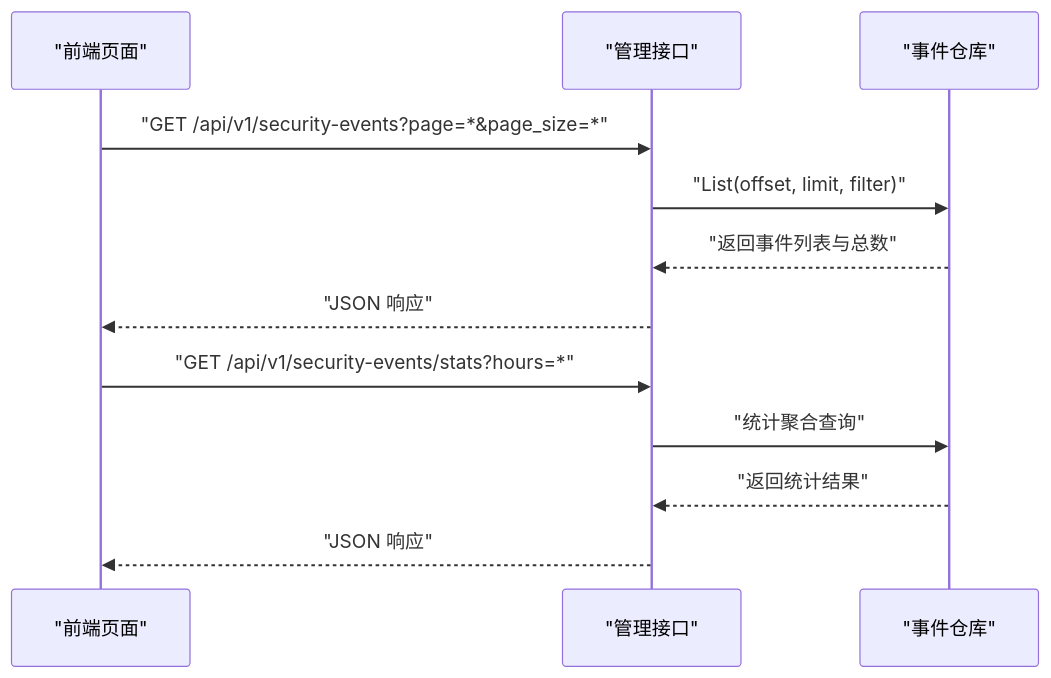
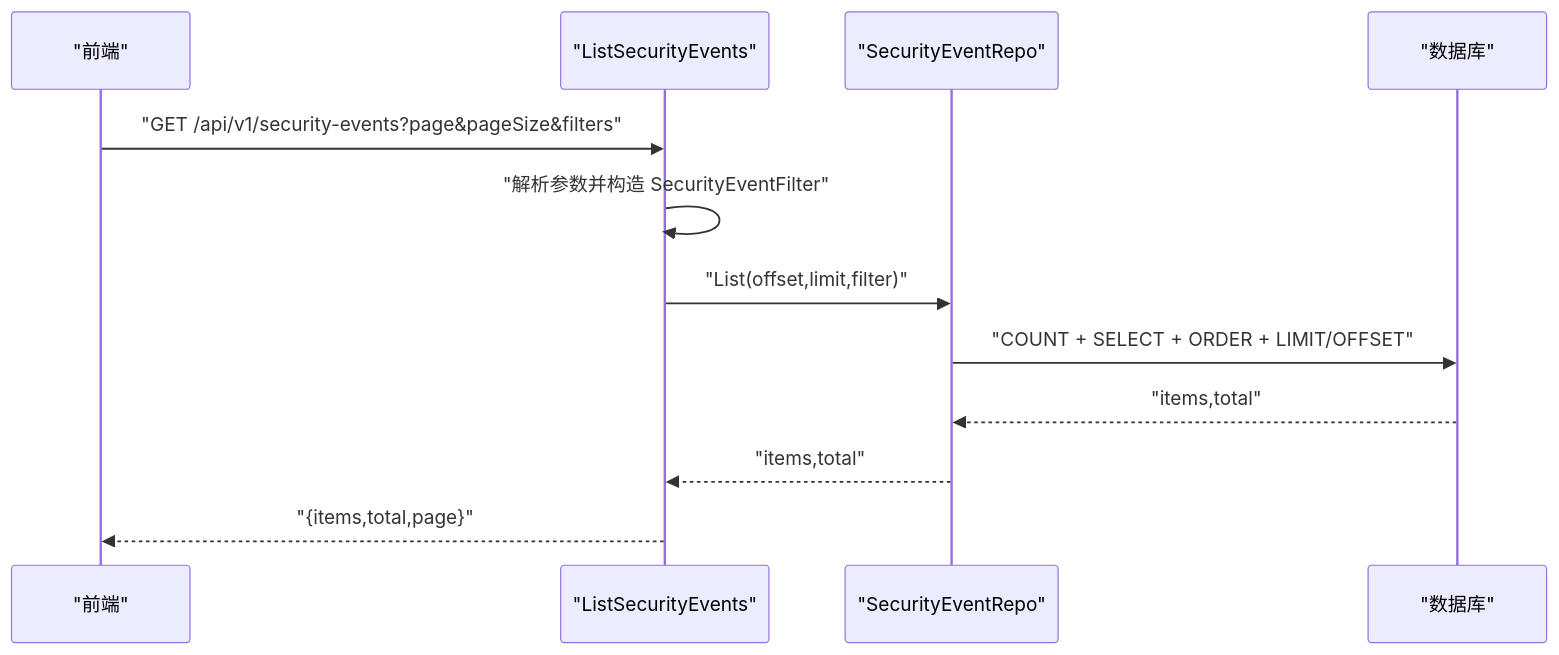
The eighth of 10 diagrams in docs/监控与可观测性/安全事件记录.md (x01n/My-OpenWaf), drawn with Mermaid before and after one commit. The commit also changed other lines of this file and 199 other files, not shown here.

````diff
--- a/docs/监控与可观测性/安全事件记录.md
+++ b/docs/监控与可观测性/安全事件记录.md
@@ -317,14 +301,14 @@
 ```mermaid
 sequenceDiagram
-participant UI as "前端页面"
-participant API as "管理接口"
-participant Repo as "事件仓库"
-UI->>API : "GET /api/v1/security-events?page=*&page_size=*"
-API->>Repo : "List(offset, limit, filter)"
-Repo-->>API : "返回事件列表与总数"
-API-->>UI : "JSON 响应"
-UI->>API : "GET /api/v1/security-events/stats?hours=*"
-API->>Repo : "统计聚合查询"
-Repo-->>API : "返回统计结果"
-API-->>UI : "JSON 响应"
+participant FE as "前端"
+participant API as "ListSecurityEvents"
+participant Repo as "SecurityEventRepo"
+participant DB as "数据库"
+FE->>API : "GET /api/v1/security-events?page&pageSize&filters"
+API->>API : "解析参数并构造 SecurityEventFilter"
+API->>Repo : "List(offset,limit,filter)"
+Repo->>DB : "COUNT + SELECT + ORDER + LIMIT/OFFSET"
+DB-->>Repo : "items,total"
+Repo-->>API : "items,total"
+API-->>FE : "{items,total,page}"
 ```
````
